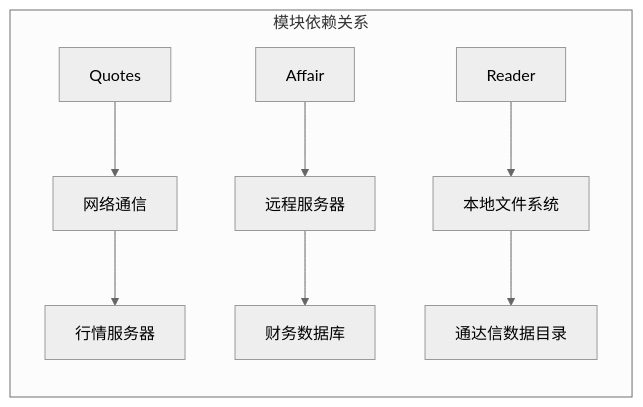
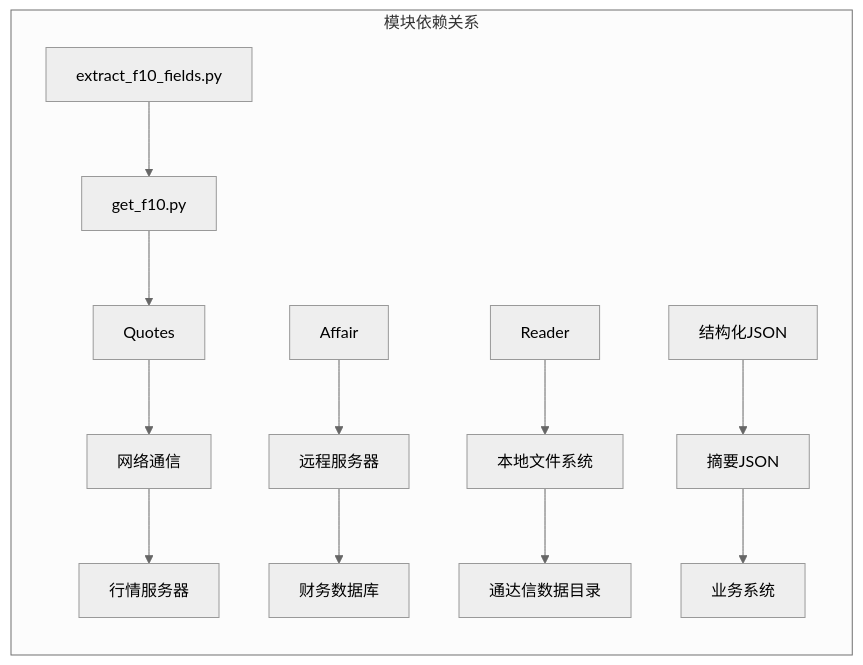
One commit to MORECORIANDERS/SCBE-web changed the ninth of 13 diagrams in .qoder/repowiki/zh/content/使用示例与最佳实践.md. Above: the diagram before and after it, drawn with Mermaid (neutral theme). The commit also changed other lines of this file and 16 other files, not shown here.

````diff
--- a/.qoder/repowiki/zh/content/使用示例与最佳实践.md
+++ b/.qoder/repowiki/zh/content/使用示例与最佳实践.md
@@ -256,11 +388,15 @@
 ```mermaid
 graph LR
 subgraph "模块依赖关系"
 A[Reader] --> B[本地文件系统]
 C[Quotes] --> D[网络通信]
 E[Affair] --> F[远程服务器]
-D --> G[行情服务器]
-F --> H[财务数据库]
-B --> I[通达信数据目录]
+G[get_f10.py] --> C
+H[extract_f10_fields.py] --> G
+D --> I[行情服务器]
+F --> J[财务数据库]
+B --> K[通达信数据目录]
+L[结构化JSON] --> M[摘要JSON]
+M --> N[业务系统]
 end
 ```
````
